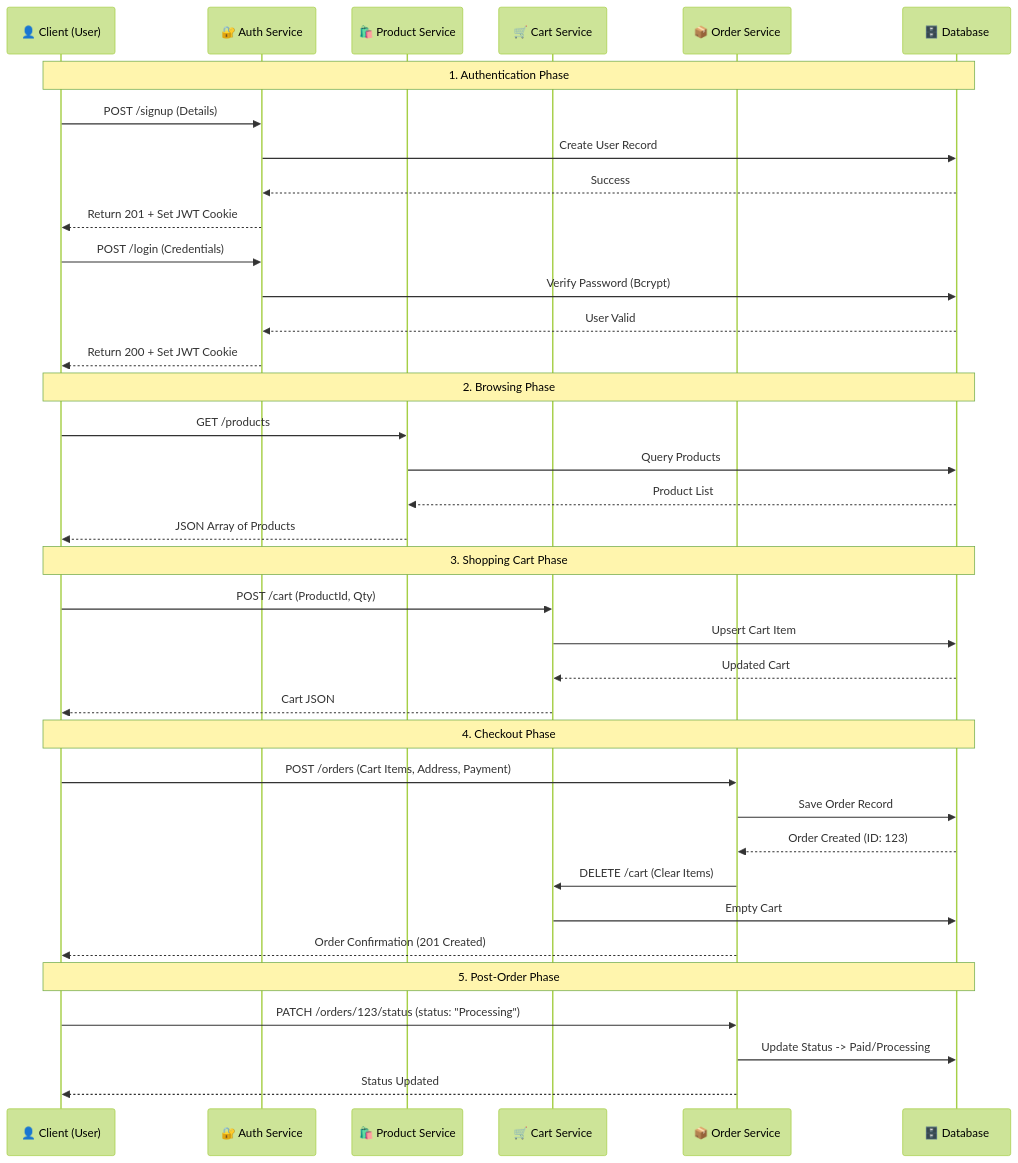
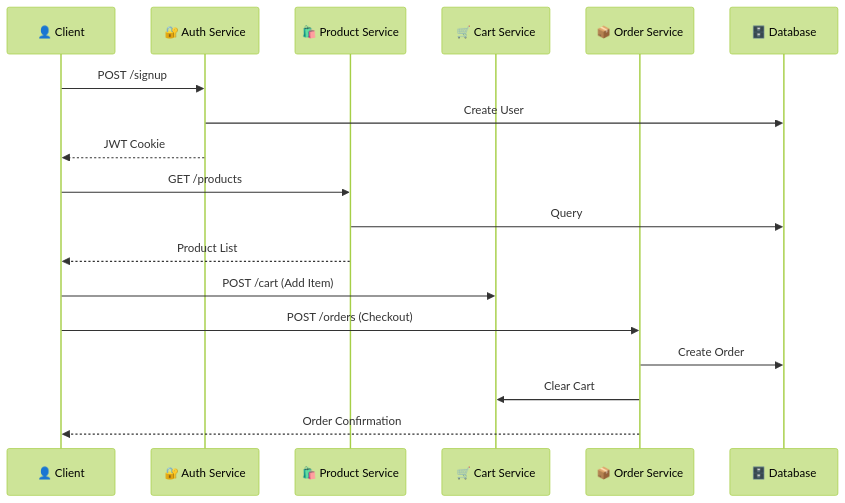
One commit to mohamed-rafat2001/E-Commerce changed the diagram in server/README.md. Above: the diagram before and after it, drawn with Mermaid (forest theme). The commit also changed other lines of this file and 24 other files, not shown here.

````diff
--- a/server/README.md
+++ b/server/README.md
@@ -9,50 +122,26 @@
 ```mermaid
 sequenceDiagram
-    participant User as 👤 Client (User)
+    participant User as 👤 Client
     participant Auth as 🔐 Auth Service
     participant Product as 🛍️ Product Service
     participant Cart as 🛒 Cart Service
     participant Order as 📦 Order Service
     participant DB as 🗄️ Database
 
     %% Signup / Login Flow
-    Note over User, DB: 1. Authentication Phase
-    User->>Auth: POST /signup (Details)
-    Auth->>DB: Create User Record
-    DB-->>Auth: Success
-    Auth-->>User: Return 201 + Set JWT Cookie
-
-    User->>Auth: POST /login (Credentials)
-    Auth->>DB: Verify Password (Bcrypt)
-    DB-->>Auth: User Valid
-    Auth-->>User: Return 200 + Set JWT Cookie
+    User->>Auth: POST /signup
+    Auth->>DB: Create User
+    Auth-->>User: JWT Cookie
 
     %% Browsing Flow
-    Note over User, DB: 2. Browsing Phase
     User->>Product: GET /products
-    Product->>DB: Query Products
-    DB-->>Product: Product List
-    Product-->>User: JSON Array of Products
-
-    %% Cart Flow
-    Note over User, DB: 3. Shopping Cart Phase
-    User->>Cart: POST /cart (ProductId, Qty)
-    Cart->>DB: Upsert Cart Item
-    DB-->>Cart: Updated Cart
-    Cart-->>User: Cart JSON
+    Product->>DB: Query
+    Product-->>User: Product List
 
     %% Order Flow
-    Note over User, DB: 4. Checkout Phase
-    User->>Order: POST /orders (Cart Items, Address, Payment)
-    Order->>DB: Save Order Record
-    DB-->>Order: Order Created (ID: 123)
-    Order->>Cart: DELETE /cart (Clear Items)
-    Cart->>DB: Empty Cart
-    Order-->>User: Order Confirmation (201 Created)
-
-    %% Post-Order Flow
-    Note over User, DB: 5. Post-Order Phase
-    User->>Order: PATCH /orders/123/status (status: "Processing")
-    Order->>DB: Update Status -> Paid/Processing
-    Order-->>User: Status Updated
+    User->>Cart: POST /cart (Add Item)
+    User->>Order: POST /orders (Checkout)
+    Order->>DB: Create Order
+    Order->>Cart: Clear Cart
+    Order-->>User: Order Confirmation
 ```
````
